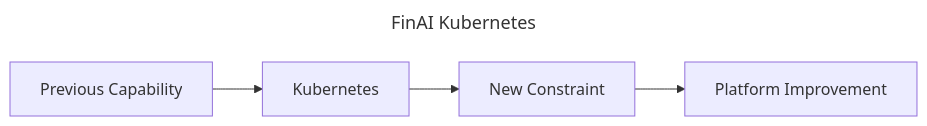
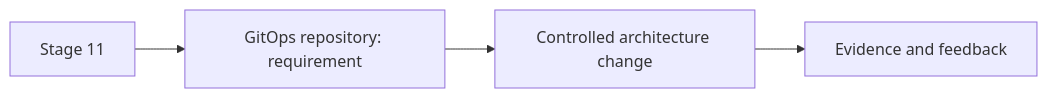
Before and after one commit to m1mohamad/devops-sre-prep: diagram 12 of 30 in docs/journey/index.md, drawn with Mermaid. The commit also changed other lines of this file and 100 other files, not shown here.

````diff
--- a/docs/journey/index.md
+++ b/docs/journey/index.md
@@ -141,7 +242,6 @@
 ```mermaid
----
-title: FinAI Kubernetes
----
 flowchart LR
-  A[Previous Capability] --> B[Kubernetes] --> C[New Constraint] --> D[Platform Improvement]
+  S12[Stage 11] --> R12[GitOps repository: requirement]
+  R12 --> C12[Controlled architecture change]
+  C12 --> E12[Evidence and feedback]
 ```
````
